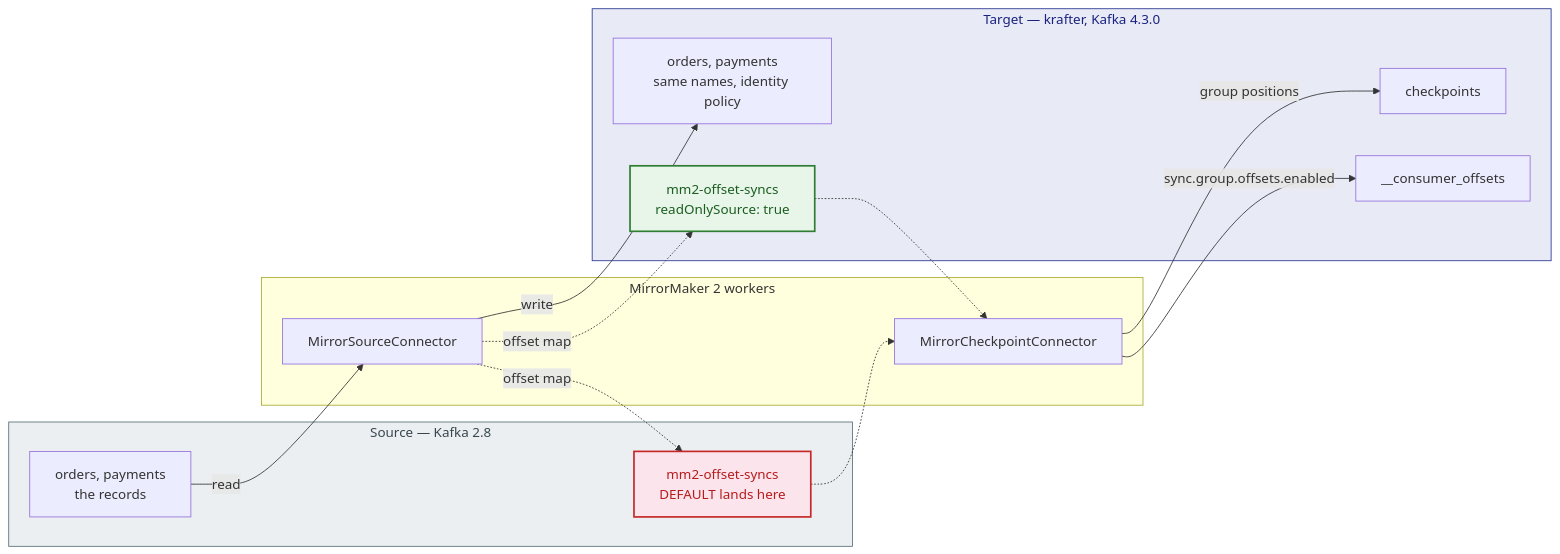
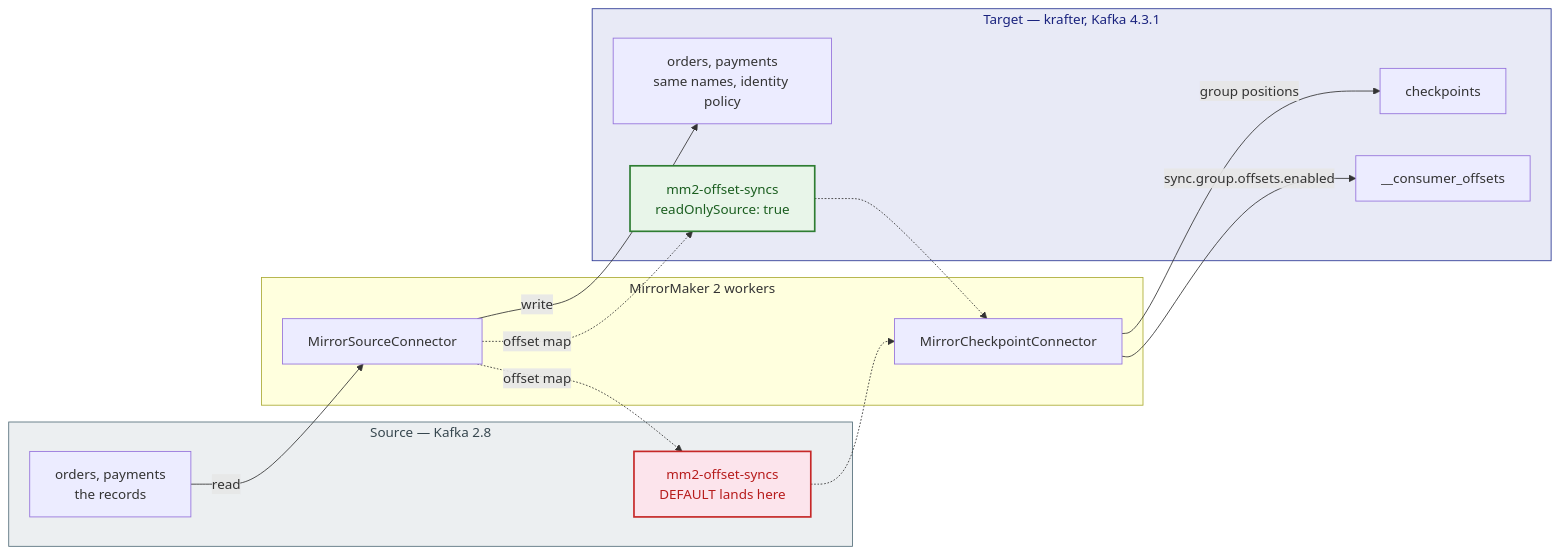
The first of 2 diagrams in charts/mirror-maker2/docs/migration-2.8-to-4.x.md (actions-marketplace-validations/bmscomp_kates), drawn with Mermaid before and after one commit. The commit also changed other lines of this file and 284 other files, not shown here.

````diff
--- a/charts/mirror-maker2/docs/migration-2.8-to-4.x.md
+++ b/charts/mirror-maker2/docs/migration-2.8-to-4.x.md
@@ -82,33 +82,33 @@
 ```mermaid
 flowchart LR
     subgraph SRC["Source — Kafka 2.8"]
         DATA["orders, payments<br/>the records"]
         OSS["mm2-offset-syncs<br/>DEFAULT lands here"]
     end
 
     subgraph MM["MirrorMaker 2 workers"]
         SC["MirrorSourceConnector"]
         CC["MirrorCheckpointConnector"]
     end
 
-    subgraph TGT["Target — krafter, Kafka 4.3.0"]
+    subgraph TGT["Target — krafter, Kafka 4.3.1"]
         TDATA["orders, payments<br/>same names, identity policy"]
         OST["mm2-offset-syncs<br/>readOnlySource: true"]
         CHK["checkpoints"]
         CO["__consumer_offsets"]
     end
 
     DATA -->|"read"| SC
     SC -->|"write"| TDATA
     SC -.->|"offset map"| OSS
     SC -.->|"offset map"| OST
     OSS -.-> CC
     OST -.-> CC
     CC -->|"group positions"| CHK
     CC -->|"sync.group.offsets.enabled"| CO
 
     style OSS fill:#fce4ec,stroke:#c62828,stroke-width:2px,color:#b71c1c
     style OST fill:#e8f5e9,stroke:#2e7d32,stroke-width:2px,color:#1b5e20
     style SRC fill:#eceff1,stroke:#546e7a,stroke-width:1px,color:#37474f
     style TGT fill:#e8eaf6,stroke:#283593,stroke-width:1px,color:#1a237e
 ```
````
